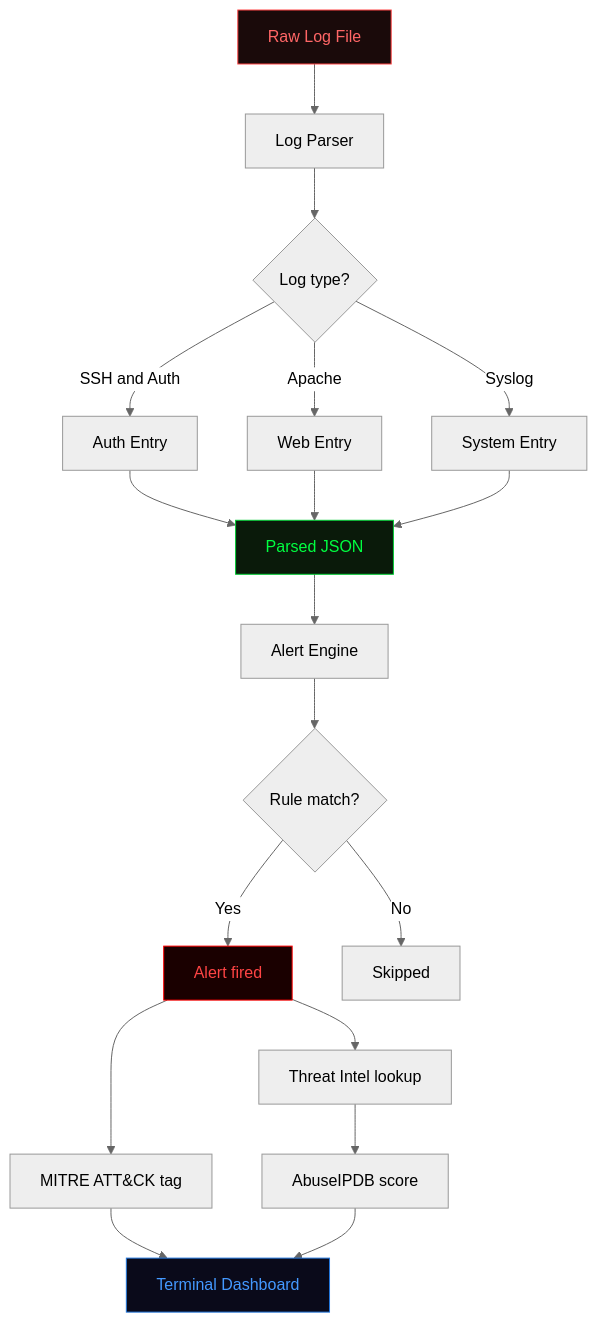
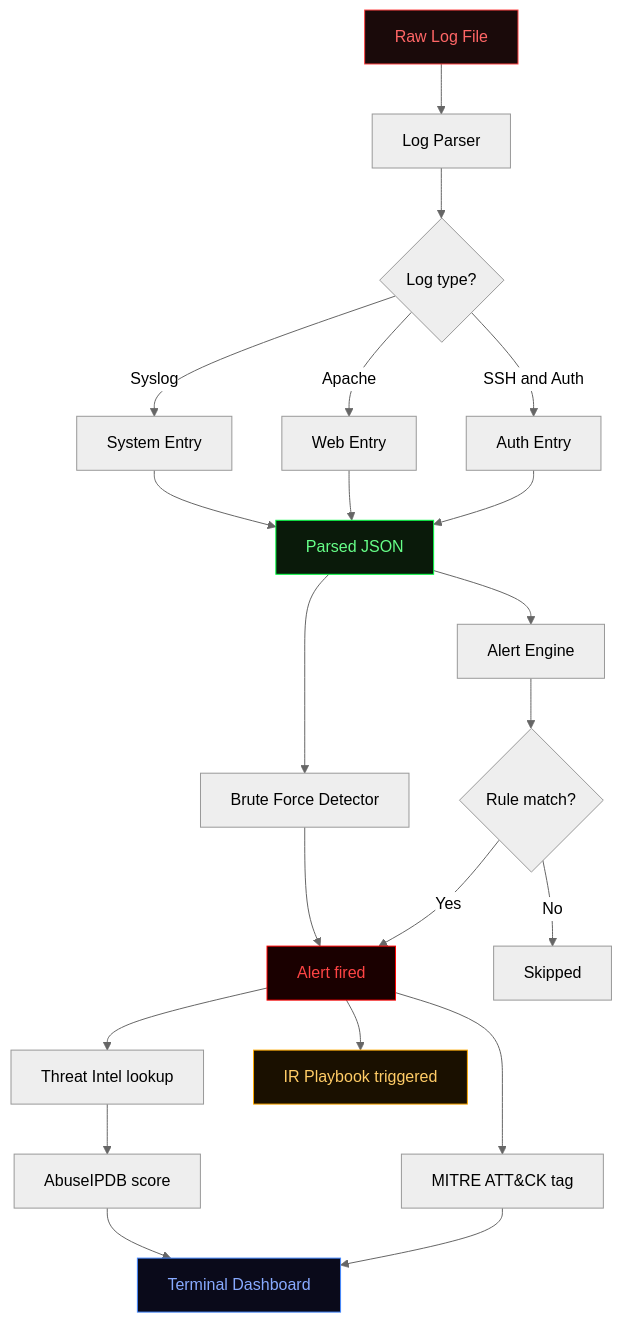
The third of 8 diagrams in README.md (Speed-boo3/soc-project), drawn with Mermaid (neutral theme) before and after one commit. The commit also changed other lines of this file, not shown here.

Commit message:
Major README update: educational SOC guide with animations and diagrams

````diff
--- a/README.md
+++ b/README.md
@@ -27,22 +110,26 @@
 ```mermaid
 flowchart TD
     A[Raw Log File] --> B[Log Parser]
     B --> C{Log type?}
     C -->|SSH and Auth| D[Auth Entry]
     C -->|Apache| E[Web Entry]
     C -->|Syslog| F[System Entry]
     D & E & F --> G[Parsed JSON]
     G --> H[Alert Engine]
+    G --> P[Brute Force Detector]
     H --> I{Rule match?}
     I -->|Yes| J[Alert fired]
     I -->|No| K[Skipped]
+    P --> J
     J --> L[MITRE ATT&CK tag]
     J --> M[Threat Intel lookup]
     M --> N[AbuseIPDB score]
     L & N --> O[Terminal Dashboard]
+    J --> Q[IR Playbook triggered]
 
     style A fill:#1a0a0a,color:#ff6666,stroke:#ff4444
     style J fill:#1a0000,color:#ff4444,stroke:#ff0000
-    style G fill:#0a1a0a,color:#00ff41,stroke:#00cc33
-    style O fill:#0a0a1a,color:#4499ff,stroke:#2277dd
+    style G fill:#0a1a0a,color:#66ff88,stroke:#00ff41
+    style O fill:#0a0a1a,color:#88aaff,stroke:#4488ff
+    style Q fill:#1a1000,color:#ffcc66,stroke:#ffaa00
 ```
````
